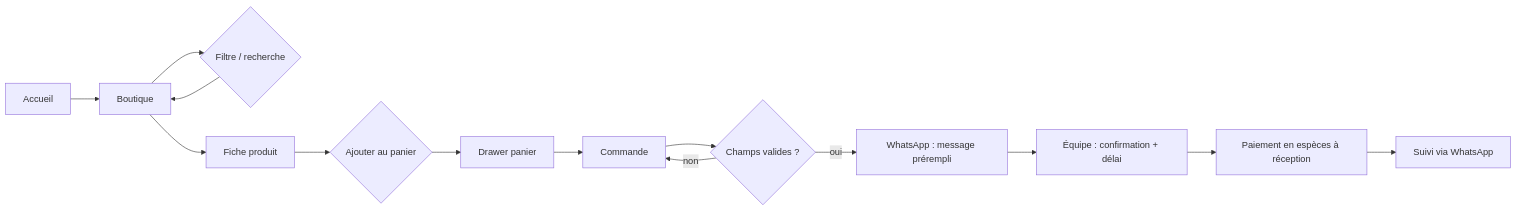
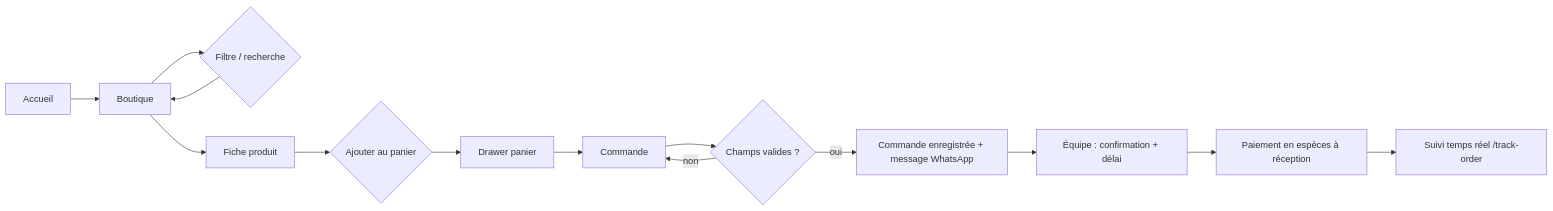
Before and after one commit to proteinstore26-morocco/proteinstore: the first of 4 diagrams in docs/02-ux-ui.md, drawn with Mermaid. The commit also changed other lines of this file and 52 other files, not shown here.

````diff
--- a/docs/02-ux-ui.md
+++ b/docs/02-ux-ui.md
@@ -23,16 +24,16 @@
 ```mermaid
 flowchart LR
   A[Accueil] --> B[Boutique]
   B --> C{Filtre / recherche}
   C --> B
   B --> D[Fiche produit]
   D --> E{Ajouter au panier}
   E --> F[Drawer panier]
   F --> G[Commande]
   G --> H{Champs valides ?}
   H -- non --> G
-  H -- oui --> I[WhatsApp : message prérempli]
+  H -- oui --> I[Commande enregistrée + message WhatsApp]
   I --> J[Équipe : confirmation + délai]
   J --> K[Paiement en espèces à réception]
-  K --> L[Suivi via WhatsApp]
+  K --> L[Suivi temps réel /track-order]
 ```
````
